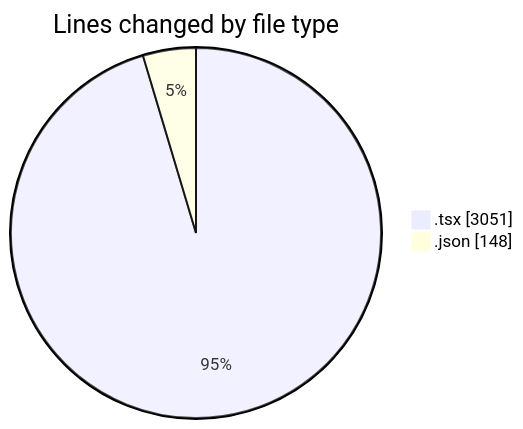
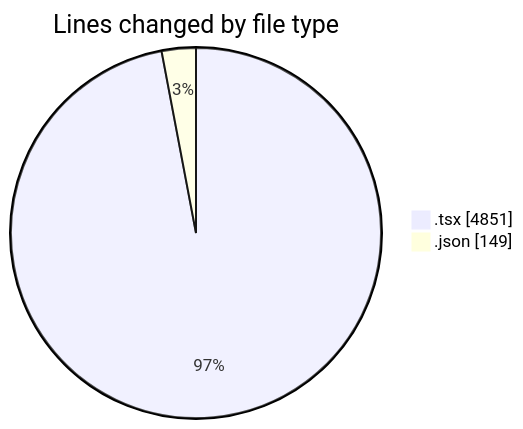
Before and after one commit to momahboobian/code-tracking: the first of 2 diagrams in 2026-11-13/broadcaster-v6-feature/README.md, drawn with Mermaid. The commit also changed other lines of this file and 1 other file, not shown here.

````diff
--- a/2026-11-13/broadcaster-v6-feature/README.md
+++ b/2026-11-13/broadcaster-v6-feature/README.md
@@ -33,6 +34,6 @@
 ```mermaid
 pie showData
 title Lines changed by file type
-".tsx" : 3051
-".json" : 148
+".tsx" : 4851
+".json" : 149
 ```
````
